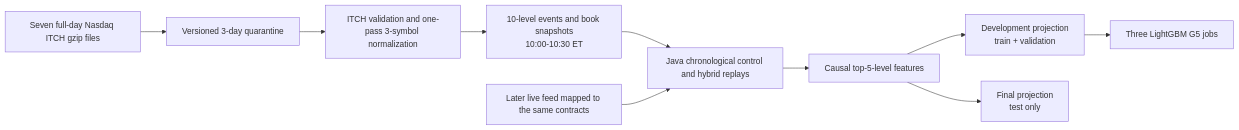
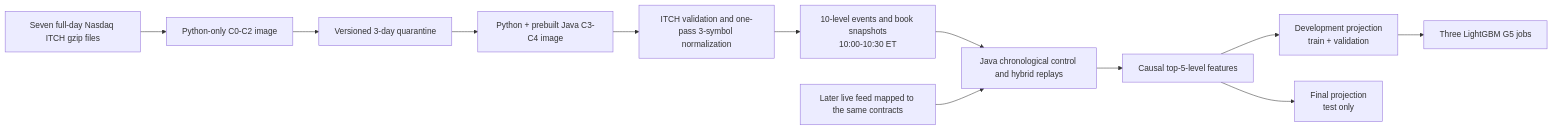
One commit to khab40/lob-arena changed the diagram in docs/nasdaq-public-sample-v1-data-flow.md. Above: the diagram before and after it, drawn with Mermaid. The commit also changed other lines of this file and 18 other files, not shown here.

````diff
--- a/docs/nasdaq-public-sample-v1-data-flow.md
+++ b/docs/nasdaq-public-sample-v1-data-flow.md
@@ -94,18 +95,20 @@
 ```mermaid
 flowchart LR
     Nasdaq["Seven full-day Nasdaq ITCH gzip files"]
+    Acquire["Python-only C0-C2 image"]
     Quarantine["Versioned 3-day quarantine"]
+    Prepare["Python + prebuilt Java C3-C4 image"]
     Normalize["ITCH validation and one-pass 3-symbol normalization"]
     Book["10-level events and book snapshots<br/>10:00-10:30 ET"]
     Replay["Java chronological control and hybrid replays"]
     Features["Causal top-5-level features"]
     Dev["Development projection<br/>train + validation"]
     Final["Final projection<br/>test only"]
     G5["Three LightGBM G5 jobs"]
     Live["Later live feed mapped to the same contracts"]
 
-    Nasdaq --> Quarantine --> Normalize --> Book --> Replay --> Features
+    Nasdaq --> Acquire --> Quarantine --> Prepare --> Normalize --> Book --> Replay --> Features
     Features --> Dev --> G5
     Features --> Final
     Live --> Replay
 ```
````
